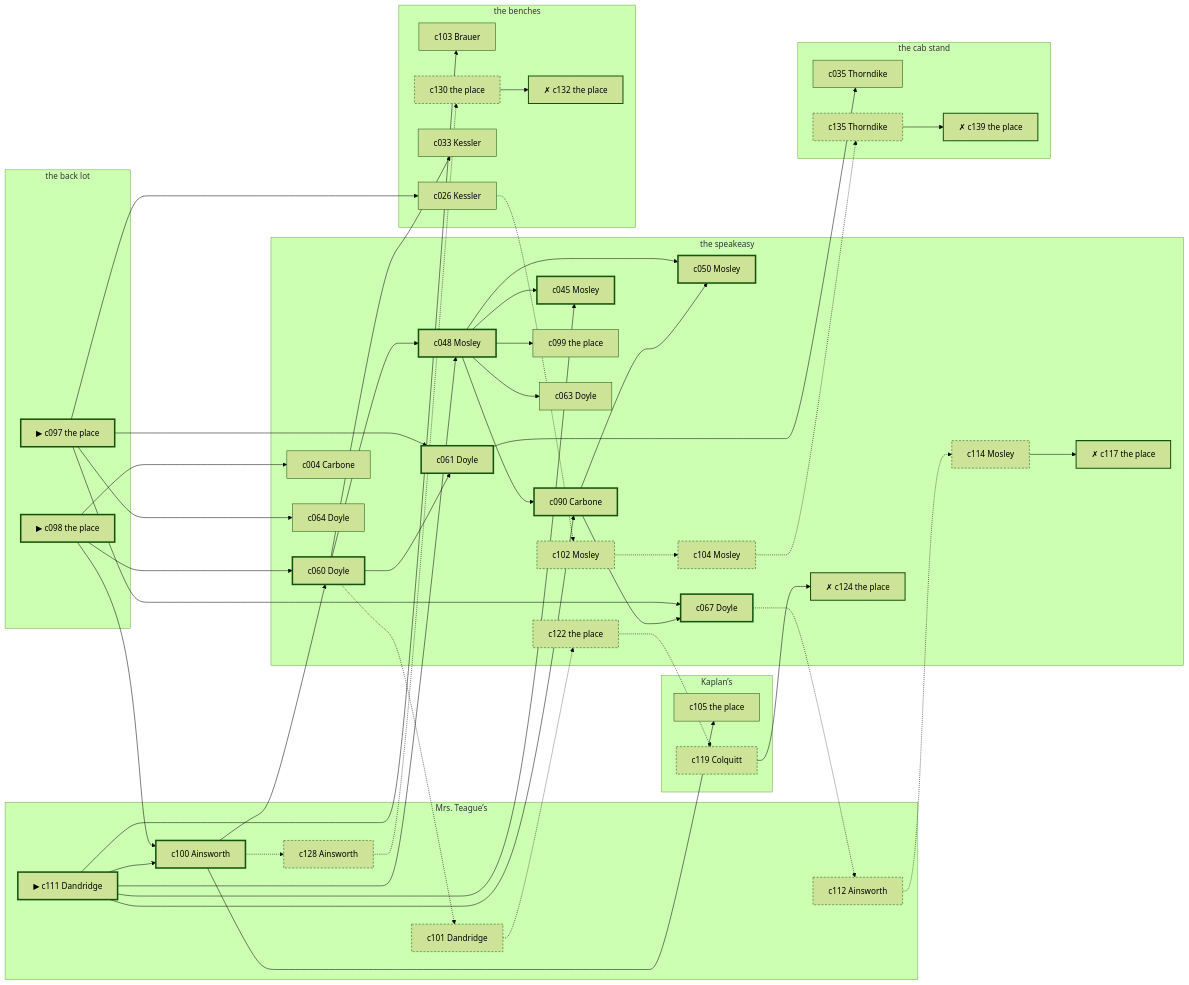
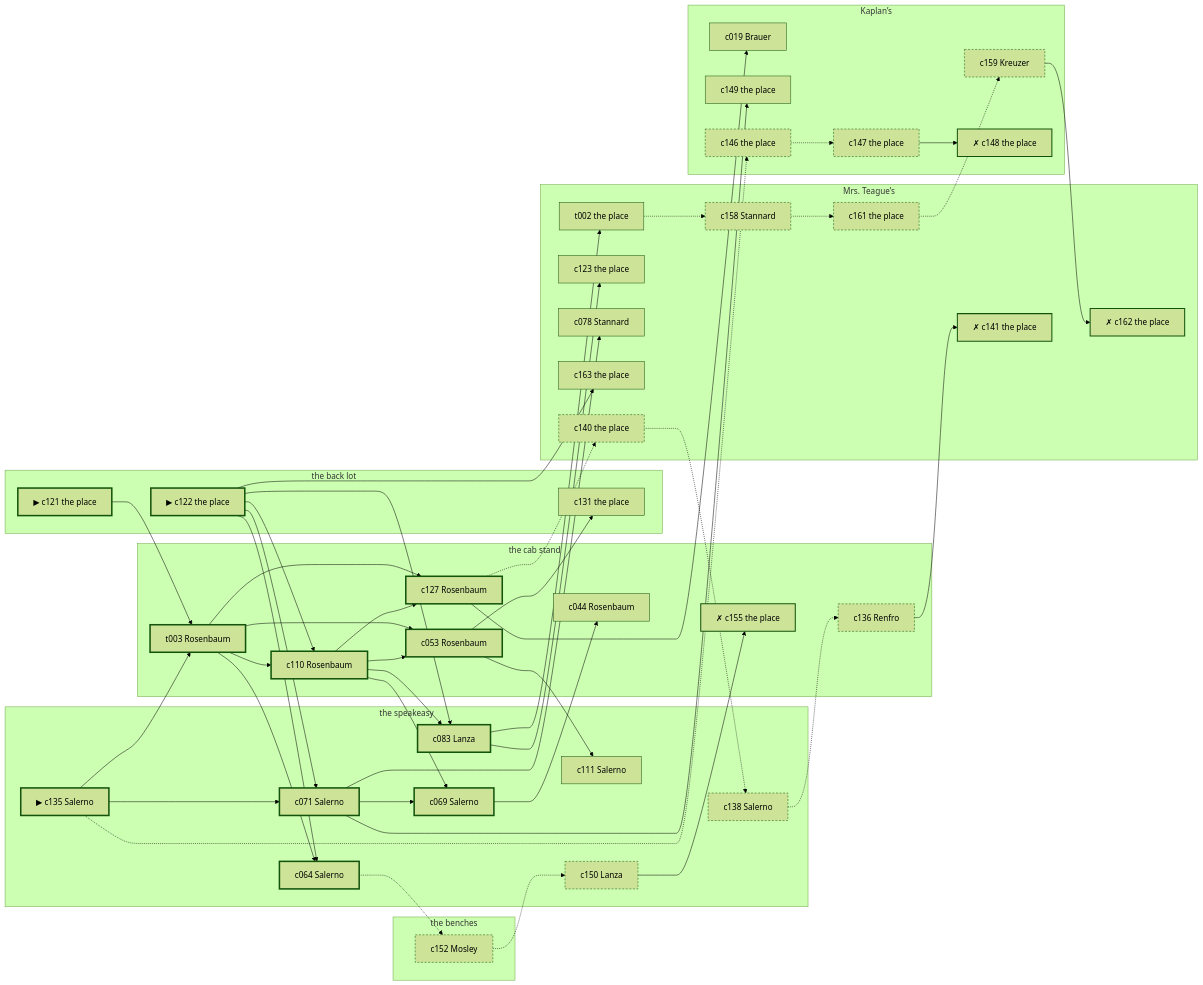
Before and after one commit to lyamshin/dashiell: the diagram in docs/samples/case-7.md, drawn with Mermaid (forest theme). The commit also changed other lines of this file and 110 other files, not shown here.

````diff
--- a/docs/samples/case-7.md
+++ b/docs/samples/case-7.md
@@ -317,96 +705,96 @@
 ```mermaid
 graph LR
   subgraph P1["Mrs. Teague’s"]
-    c111["▶ c111 Dandridge"]
-    c100["c100 Ainsworth"]
-    c101["c101 Dandridge"]
-    c128["c128 Ainsworth"]
-    c112["c112 Ainsworth"]
+    t002["t002 the place"]
+    c123["c123 the place"]
+    c078["c078 Stannard"]
+    c163["c163 the place"]
+    c158["c158 Stannard"]
+    c161["c161 the place"]
+    c162["✗ c162 the place"]
+    c140["c140 the place"]
+    c141["✗ c141 the place"]
   end
   subgraph P2["the speakeasy"]
-    c060["c060 Doyle"]
-    c048["c048 Mosley"]
-    c090["c090 Carbone"]
-    c050["c050 Mosley"]
-    c061["c061 Doyle"]
-    c045["c045 Mosley"]
-    c067["c067 Doyle"]
-    c004["c004 Carbone"]
-    c099["c099 the place"]
-    c063["c063 Doyle"]
-    c064["c064 Doyle"]
-    c122["c122 the place"]
-    c124["✗ c124 the place"]
-    c102["c102 Mosley"]
-    c104["c104 Mosley"]
-    c114["c114 Mosley"]
-    c117["✗ c117 the place"]
+    c135["▶ c135 Salerno"]
+    c064["c064 Salerno"]
+    c071["c071 Salerno"]
+    c069["c069 Salerno"]
+    c083["c083 Lanza"]
+    c111["c111 Salerno"]
+    c138["c138 Salerno"]
+    c150["c150 Lanza"]
   end
   subgraph P3["the back lot"]
-    c097["▶ c097 the place"]
-    c098["▶ c098 the place"]
+    c121["▶ c121 the place"]
+    c122["▶ c122 the place"]
+    c131["c131 the place"]
   end
   subgraph P4["Kaplan’s"]
-    c105["c105 the place"]
-    c119["c119 Colquitt"]
+    c019["c019 Brauer"]
+    c149["c149 the place"]
+    c159["c159 Kreuzer"]
+    c146["c146 the place"]
+    c147["c147 the place"]
+    c148["✗ c148 the place"]
   end
   subgraph P5["the cab stand"]
-    c035["c035 Thorndike"]
-    c135["c135 Thorndike"]
-    c139["✗ c139 the place"]
+    t003["t003 Rosenbaum"]
+    c110["c110 Rosenbaum"]
+    c127["c127 Rosenbaum"]
+    c053["c053 Rosenbaum"]
+    c044["c044 Rosenbaum"]
+    c136["c136 Renfro"]
+    c155["✗ c155 the place"]
   end
   subgraph P6["the benches"]
-    c103["c103 Brauer"]
-    c026["c026 Kessler"]
-    c033["c033 Kessler"]
-    c130["c130 the place"]
-    c132["✗ c132 the place"]
+    c152["c152 Mosley"]
   end
-  c097 --> c061
-  c097 --> c067
-  c097 --> c026
-  c097 --> c064
-  c098 --> c100
-  c098 --> c060
-  c098 --> c004
-  c111 --> c100
-  c111 --> c048
-  c111 --> c090
-  c111 --> c045
-  c111 --> c103
-  c100 --> c060
-  c100 --> c105
-  c100 -.-> c128
-  c060 --> c048
-  c060 --> c061
-  c060 --> c033
-  c060 -.-> c101
-  c048 --> c090
-  c048 --> c050
-  c048 --> c045
-  c048 --> c099
-  c048 --> c063
-  c090 --> c050
-  c090 --> c067
-  c061 --> c035
-  c067 -.-> c112
-  c026 -.-> c102
-  c101 -.-> c122
-  c122 -.-> c119
-  c119 --> c124
-  c102 -.-> c104
-  c104 -.-> c135
-  c135 --> c139
-  c128 -.-> c130
-  c130 --> c132
-  c112 -.-> c114
-  c114 --> c117
+  c121 --> t003
+  c122 --> c110
+  c122 --> c064
+  c122 --> c071
+  c122 --> c083
+  c122 --> c163
+  c135 --> t003
+  c135 --> c071
+  c135 -.-> c146
+  t003 --> c110
+  t003 --> c064
+  t003 --> c127
+  t003 --> c053
+  c110 --> c127
+  c110 --> c069
+  c110 --> c083
+  c110 --> c053
+  c064 -.-> c152
+  c071 --> c069
+  c071 --> c149
+  c071 --> c078
+  c127 --> c019
+  c127 -.-> c140
+  c069 --> c044
+  c083 --> t002
+  c083 --> c123
+  c053 --> c131
+  c053 --> c111
+  t002 -.-> c158
+  c158 -.-> c161
+  c161 -.-> c159
+  c159 --> c162
+  c140 -.-> c138
+  c138 -.-> c136
+  c136 --> c141
+  c146 -.-> c147
+  c147 --> c148
+  c152 -.-> c150
+  c150 --> c155
   classDef spine stroke-width:3px;
   classDef corrob stroke-width:1px;
   classDef noise stroke-dasharray: 4 3;
   classDef disq stroke-width:2px,stroke-dasharray: 1 0;
-  class c097,c098,c111,c100,c060,c048,c090,c050,c061,c045,c067 spine;
-  class c103,c105,c004,c099,c035,c026,c063,c064,c033 corrob;
-  class c101,c122,c119,c102,c104,c135,c128,c130,c112,c114 noise;
-  class c124,c139,c132,c117 disq;
+  class c121,c122,c135,t003,c110,c064,c071,c127,c069,c083,c053 spine;
+  class t002,c131,c123,c111,c019,c044,c149,c078,c163 corrob;
+  class c158,c161,c159,c140,c138,c136,c146,c147,c152,c150 noise;
+  class c162,c141,c148,c155 disq;
 ```
````
